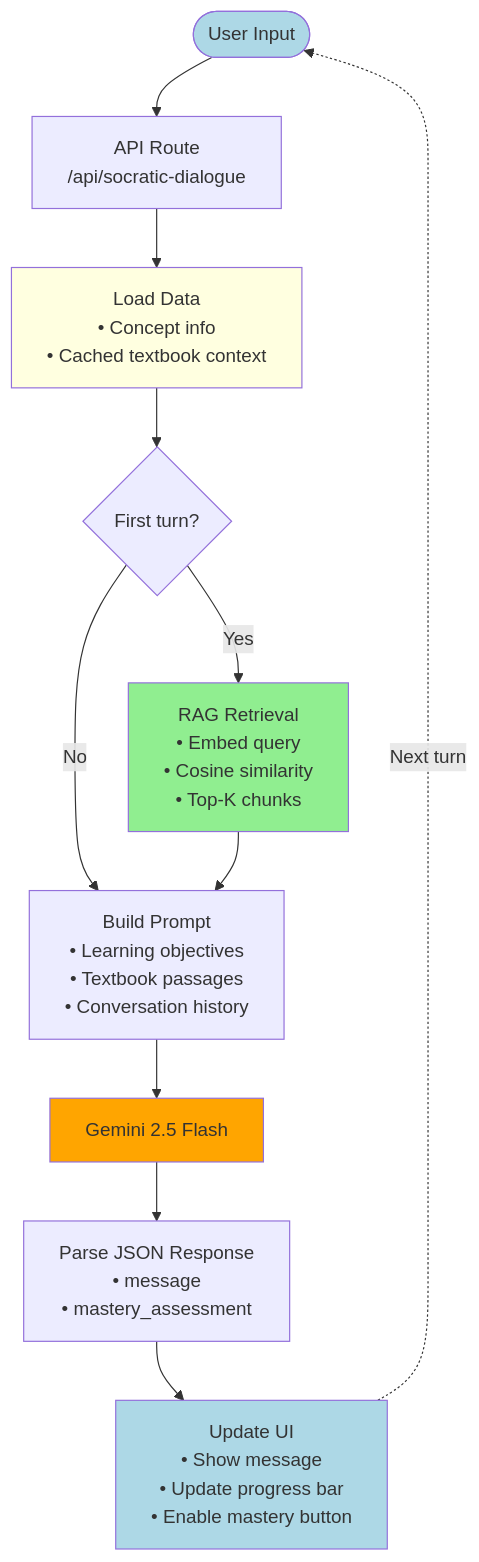
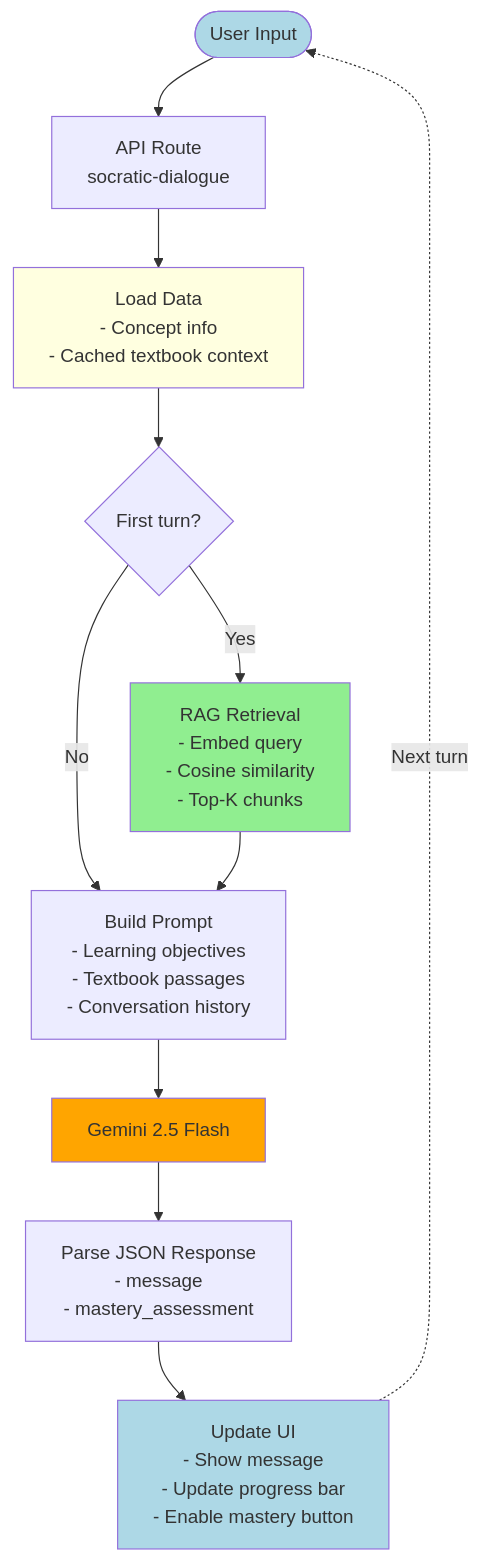
Before and after one commit to google-gemini/workshops: the third of 3 diagrams in learning/DESIGN.md, drawn with Mermaid. The commit also changed other lines of this file, not shown here.

Commit message:
Fix Mermaid diagram rendering on GitHub
- Replace Unicode bullet points (•) with ASCII hyphens (-)
- Remove forward slash from API route labels that breaks parser
- Fix "Lexical error on line 9" in architecture diagram
- Fix bullet points in runtime flow diagram
- Both diagrams now render correctly on GitHub

GitHub's Mermaid renderer is more restrictive than local tools and
requires ASCII-only characters in node labels for reliable parsing.

````diff
--- a/learning/DESIGN.md
+++ b/learning/DESIGN.md
@@ -253,19 +253,19 @@
 ```mermaid
 graph TB
-    Start([User Input]) --> API[API Route<br/>/api/socratic-dialogue]
-    API --> Load[Load Data<br/>• Concept info<br/>• Cached textbook context]
+    Start([User Input]) --> API[API Route<br/>socratic-dialogue]
+    API --> Load[Load Data<br/>- Concept info<br/>- Cached textbook context]
     Load --> RAG{First turn?}
-    RAG -->|Yes| Retrieve[RAG Retrieval<br/>• Embed query<br/>• Cosine similarity<br/>• Top-K chunks]
+    RAG -->|Yes| Retrieve[RAG Retrieval<br/>- Embed query<br/>- Cosine similarity<br/>- Top-K chunks]
     RAG -->|No| Build
-    Retrieve --> Build[Build Prompt<br/>• Learning objectives<br/>• Textbook passages<br/>• Conversation history]
+    Retrieve --> Build[Build Prompt<br/>- Learning objectives<br/>- Textbook passages<br/>- Conversation history]
     Build --> Gemini[Gemini 2.5 Flash]
-    Gemini --> Parse[Parse JSON Response<br/>• message<br/>• mastery_assessment]
-    Parse --> UI[Update UI<br/>• Show message<br/>• Update progress bar<br/>• Enable mastery button]
+    Gemini --> Parse[Parse JSON Response<br/>- message<br/>- mastery_assessment]
+    Parse --> UI[Update UI<br/>- Show message<br/>- Update progress bar<br/>- Enable mastery button]
     UI -.->|Next turn| Start
     
     style Start fill:#add8e6
     style Load fill:#ffffe0
     style Retrieve fill:#90ee90
     style Gemini fill:#ffa500
     style UI fill:#add8e6
 ```
````
